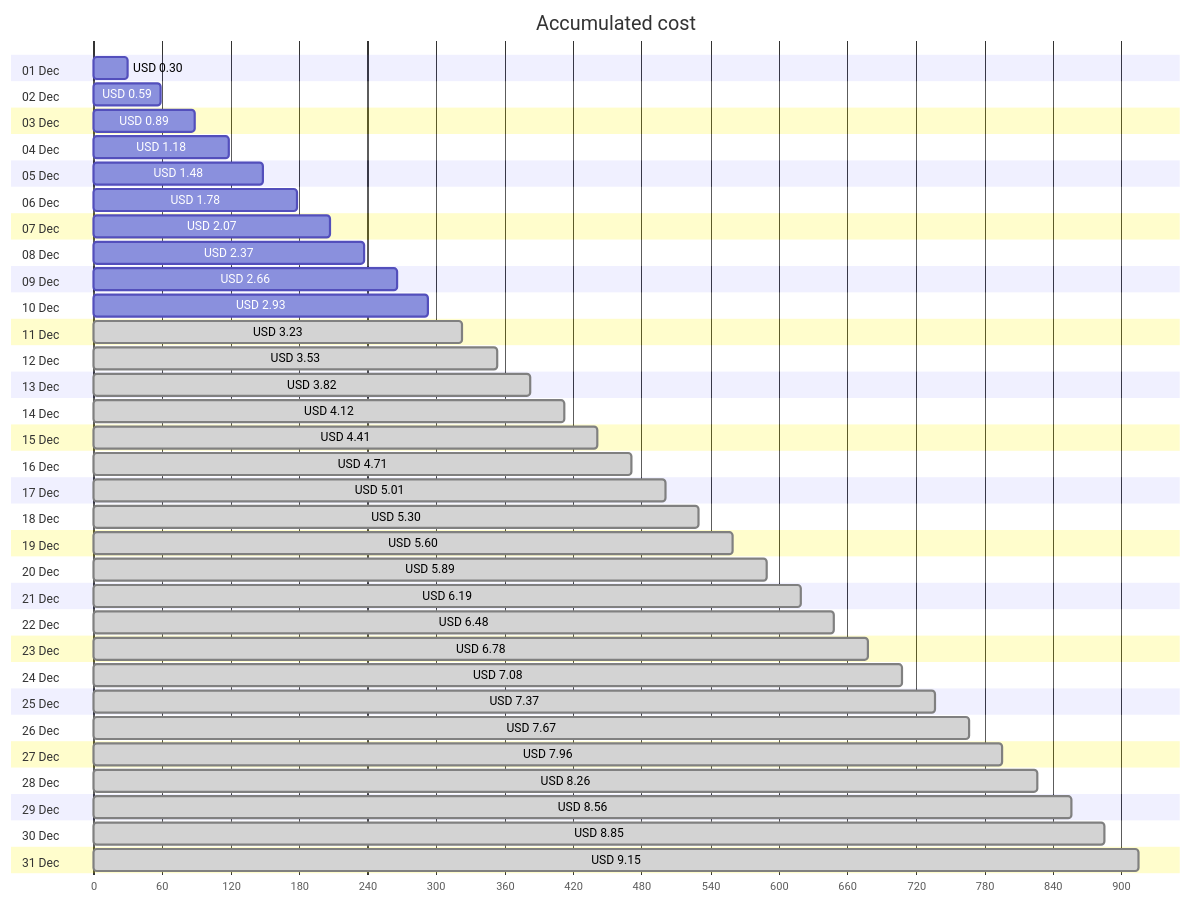
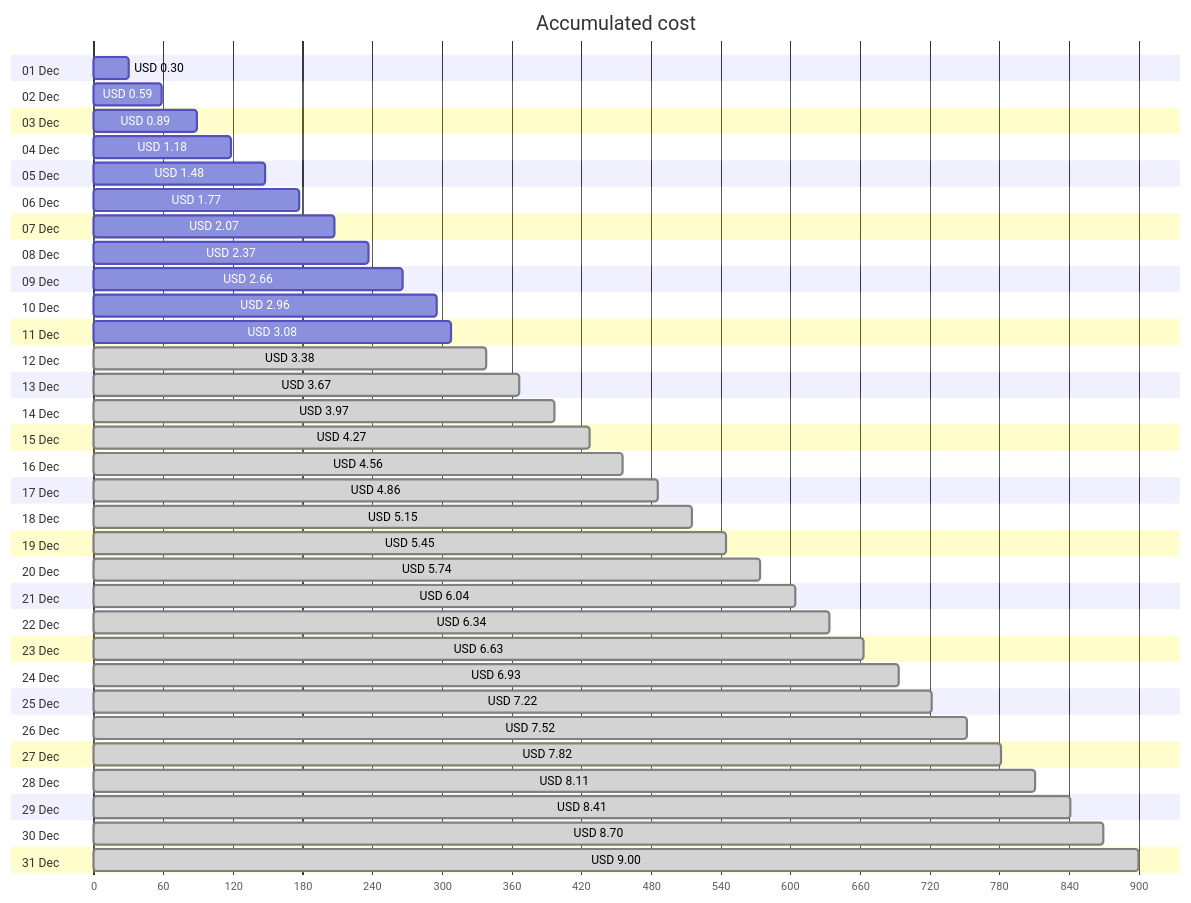
The first of 4 diagrams in cost-reports/personal-site/personal-site.md (jpfulton/azure-personal-reports), drawn with Mermaid before and after one commit. The commit also changed other lines of this file and 6 other files, not shown here.

````diff
--- a/cost-reports/personal-site/personal-site.md
+++ b/cost-reports/personal-site/personal-site.md
@@ -20,68 +20,68 @@
 ```mermaid
 gantt
    title Accumulated cost
    dateFormat  X
    axisFormat %s
    section 01 Dec
    USD 0.30 :0, 30
    section 02 Dec
    USD 0.59 :0, 59
    section 03 Dec
    USD 0.89 :0, 89
    section 04 Dec
    USD 1.18 :0, 118
    section 05 Dec
    USD 1.48 :0, 148
    section 06 Dec
-   USD 1.78 :0, 178
+   USD 1.77 :0, 177
    section 07 Dec
    USD 2.07 :0, 207
    section 08 Dec
    USD 2.37 :0, 237
    section 09 Dec
    USD 2.66 :0, 266
    section 10 Dec
-   USD 2.93 :0, 293
+   USD 2.96 :0, 296
    section 11 Dec
-   USD 3.23 : done, 0, 323
+   USD 3.08 :0, 308
    section 12 Dec
-   USD 3.53 : done, 0, 353
+   USD 3.38 : done, 0, 338
    section 13 Dec
-   USD 3.82 : done, 0, 382
+   USD 3.67 : done, 0, 367
    section 14 Dec
-   USD 4.12 : done, 0, 412
+   USD 3.97 : done, 0, 397
    section 15 Dec
-   USD 4.41 : done, 0, 441
+   USD 4.27 : done, 0, 427
    section 16 Dec
-   USD 4.71 : done, 0, 471
+   USD 4.56 : done, 0, 456
    section 17 Dec
-   USD 5.01 : done, 0, 501
+   USD 4.86 : done, 0, 486
    section 18 Dec
-   USD 5.30 : done, 0, 530
+   USD 5.15 : done, 0, 515
    section 19 Dec
-   USD 5.60 : done, 0, 560
+   USD 5.45 : done, 0, 545
    section 20 Dec
-   USD 5.89 : done, 0, 589
+   USD 5.74 : done, 0, 574
    section 21 Dec
-   USD 6.19 : done, 0, 619
+   USD 6.04 : done, 0, 604
    section 22 Dec
-   USD 6.48 : done, 0, 648
+   USD 6.34 : done, 0, 634
    section 23 Dec
-   USD 6.78 : done, 0, 678
+   USD 6.63 : done, 0, 663
    section 24 Dec
-   USD 7.08 : done, 0, 708
+   USD 6.93 : done, 0, 693
    section 25 Dec
-   USD 7.37 : done, 0, 737
+   USD 7.22 : done, 0, 722
    section 26 Dec
-   USD 7.67 : done, 0, 767
+   USD 7.52 : done, 0, 752
    section 27 Dec
-   USD 7.96 : done, 0, 796
+   USD 7.82 : done, 0, 782
    section 28 Dec
-   USD 8.26 : done, 0, 826
+   USD 8.11 : done, 0, 811
    section 29 Dec
-   USD 8.56 : done, 0, 856
+   USD 8.41 : done, 0, 841
    section 30 Dec
-   USD 8.85 : done, 0, 885
+   USD 8.70 : done, 0, 870
    section 31 Dec
-   USD 9.15 : done, 0, 915
+   USD 9.00 : done, 0, 900
 ```
````
